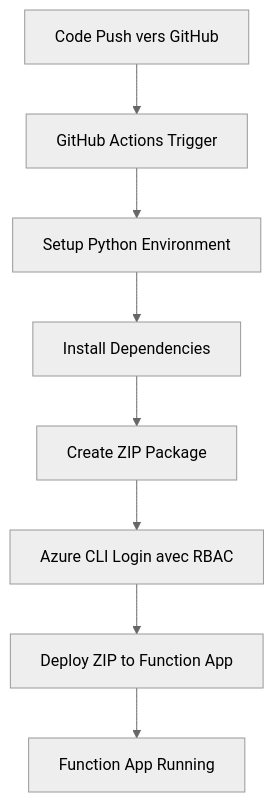
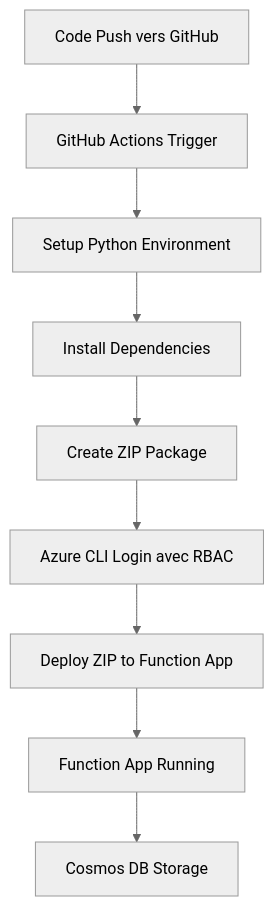
Before and after one commit to Glutenfree69/Azure_function: the diagram in README.md, drawn with Mermaid (neutral theme). The commit also changed other lines of this file and 1 other file, not shown here.

````diff
--- a/README.md
+++ b/README.md
@@ -48,10 +54,11 @@
 ```mermaid
 graph TD
     A[Code Push vers GitHub] --> B[GitHub Actions Trigger]
     B --> C[Setup Python Environment]
     C --> D[Install Dependencies]
     D --> E[Create ZIP Package]
     E --> F[Azure CLI Login avec RBAC]
     F --> G[Deploy ZIP to Function App]
     G --> H[Function App Running]
+    H --> I[Cosmos DB Storage]
 ```
````
